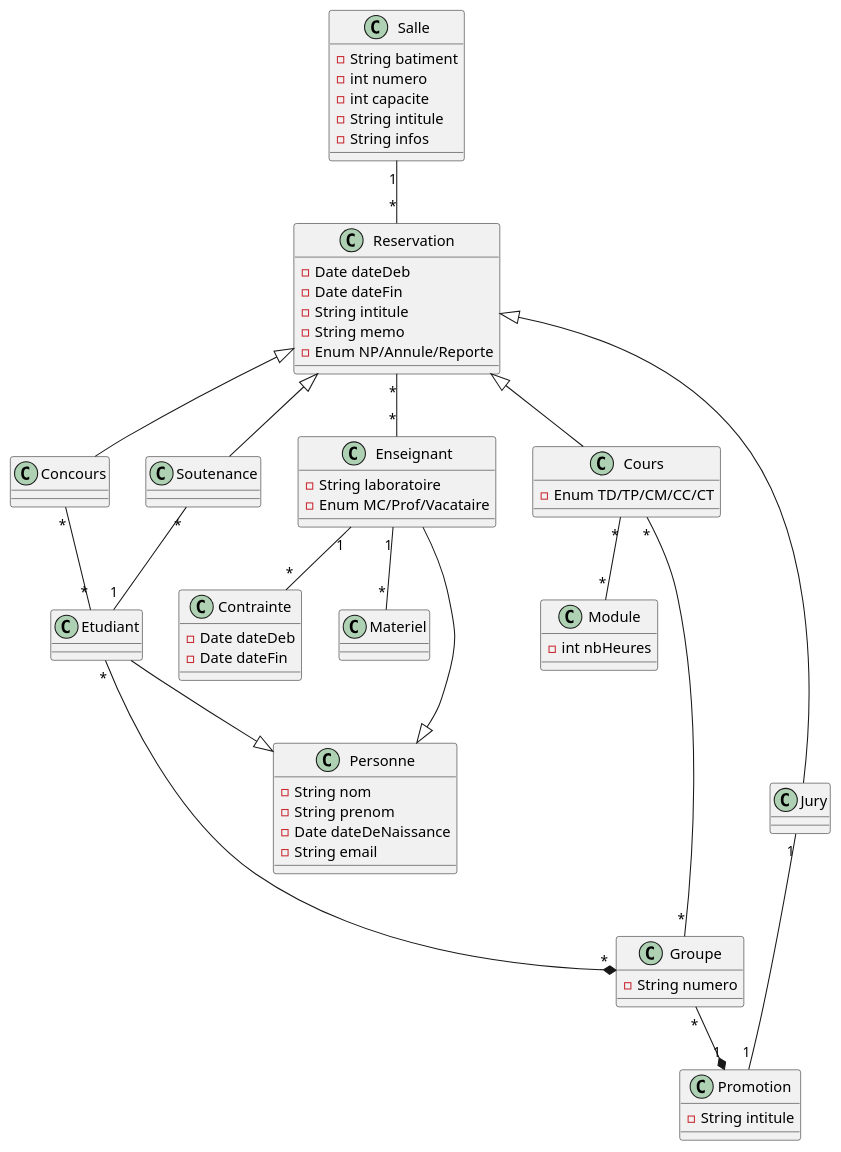
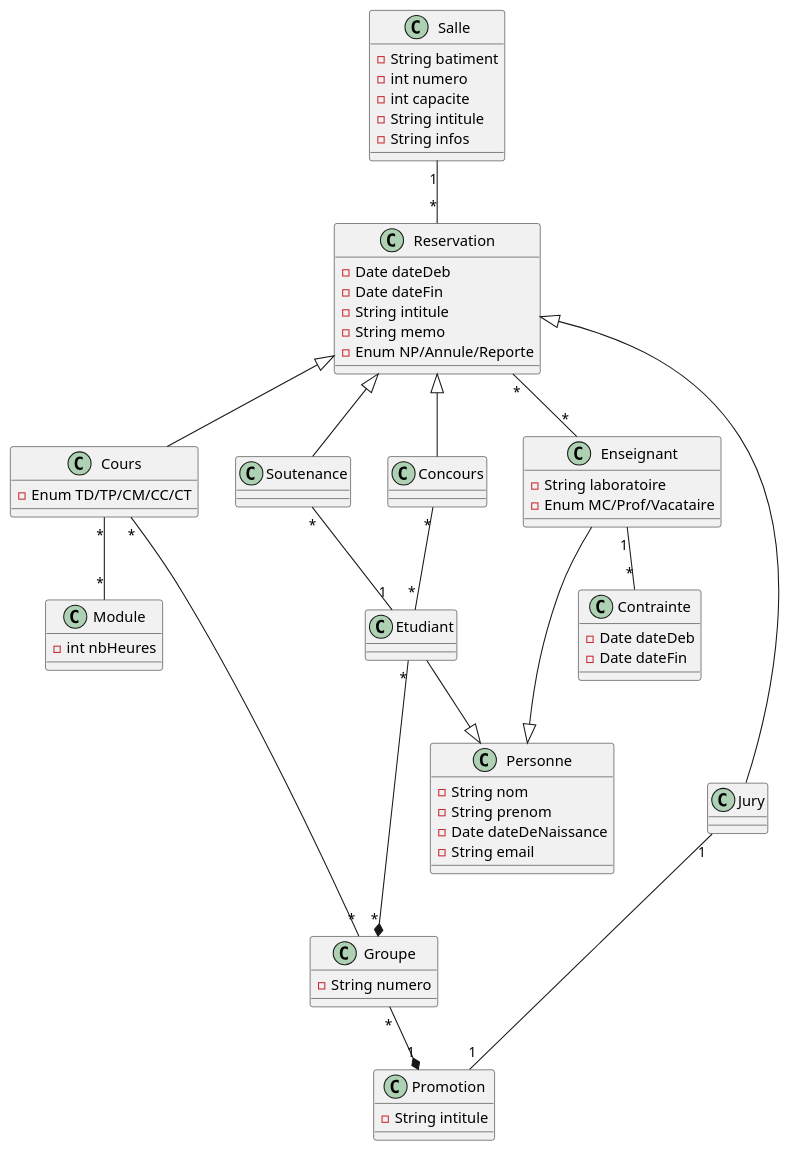
Before and after one commit to El-Sashok/UltraPlanning: the diagram in ClassDiagram.iuml, drawn with PlantUML.

```diff
--- a/ClassDiagram.iuml
+++ b/ClassDiagram.iuml
@@ -1,92 +1,90 @@
 @startuml
 
 class Salle {
     -String batiment
     -int numero
     -int capacite
     -String intitule
     -String infos
 }
 
 class Cours {
     -Enum TD/TP/CM/CC/CT
 }
 
 class Personne {
     -String nom
     -String prenom
     -Date dateDeNaissance
     -String email
 }
 
 class Promotion {
     -String intitule
 }
 
 class Module {
     -int nbHeures
 }
 
 class Contrainte {
     -Date dateDeb
     -Date dateFin
 }
 
 class Groupe {
     -String numero
 }
 
 class Etudiant
 
 class Enseignant {
     -String laboratoire
     -Enum MC/Prof/Vacataire
 }
 
 class Reservation {
     -Date dateDeb
     -Date dateFin
     -String intitule
     -String memo
     -Enum NP/Annule/Reporte
 }
 
 class Jury
 
 class Concours 
 
 Salle "1" -- "*" Reservation
 
 Etudiant "*" --* "*" Groupe
 
 Groupe "*" --* "1" Promotion 
 
 Cours "*" ---- "*" Groupe
 
 Cours "*" -- "*" Module
 
-Enseignant "1" -- "*" Materiel
-
 Enseignant "1" -- "*" Contrainte
 
 Cours -up-|> Reservation
 
 Soutenance -up-|> Reservation
 
 Jury -up-|> Reservation
 
 Concours -up-|> Reservation
 
 Etudiant --|> Personne
 
 Enseignant --|> Personne
 
 Concours "*" -- "*" Etudiant
 
 Reservation "*" -- "*" Enseignant
 
 Jury "1" -- "1" Promotion
 
 Soutenance "*" -- "1" Etudiant
 
 @enduml
```
